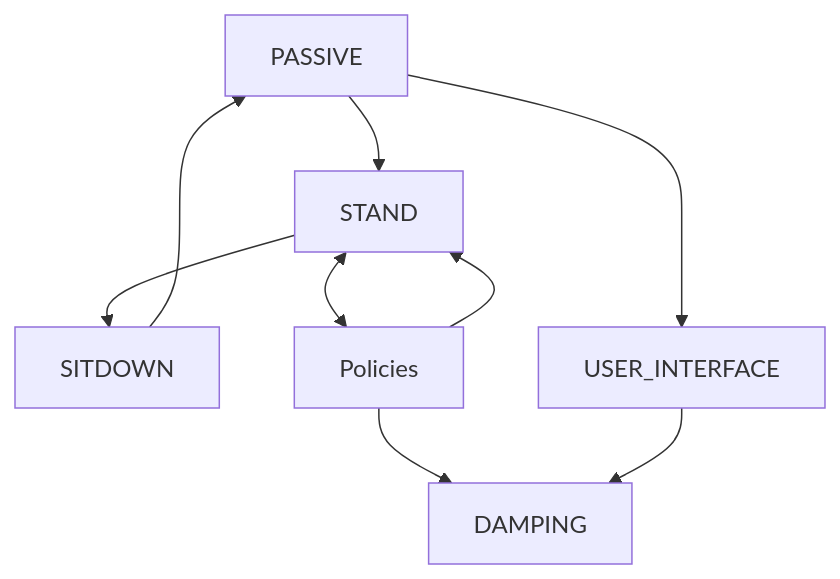
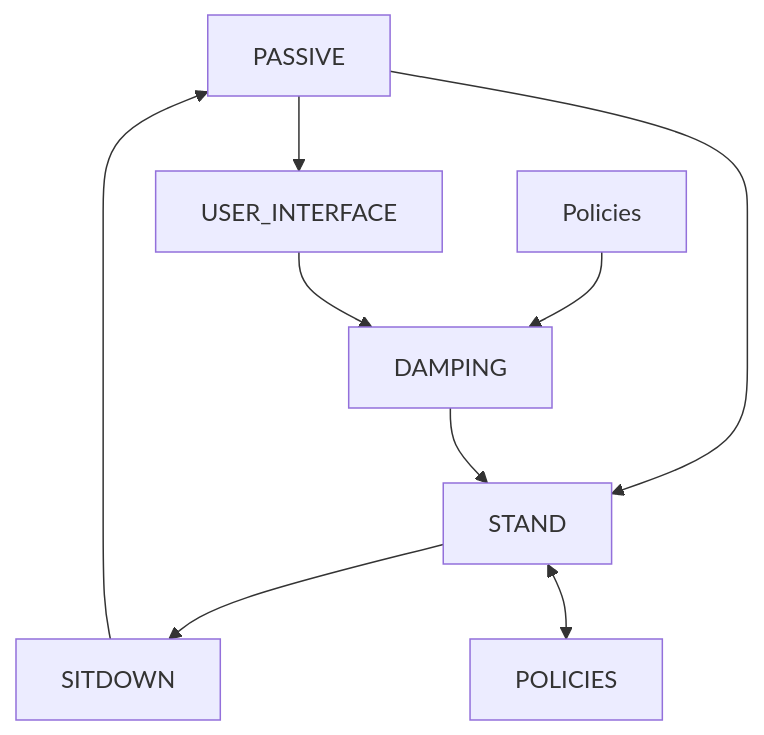
The diagram in README.md (Agent-3154/sirius-wheel-deploy), drawn with Mermaid before and after one commit.

````diff
--- a/README.md
+++ b/README.md
@@ -59,11 +59,11 @@
 ```mermaid
 graph TD;
     PASSIVE-->STAND;
     STAND-->SITDOWN;
-    STAND<-->Policies;
-    Policies--> STAND;
+    STAND<-->POLICIES;
     Policies--> DAMPING;
     SITDOWN-->PASSIVE;
     PASSIVE-->USER_INTERFACE;
-    USER_INTERFACE-->DAMPING
+    USER_INTERFACE-->DAMPING;
+    DAMPING-->STAND
 ```
````
